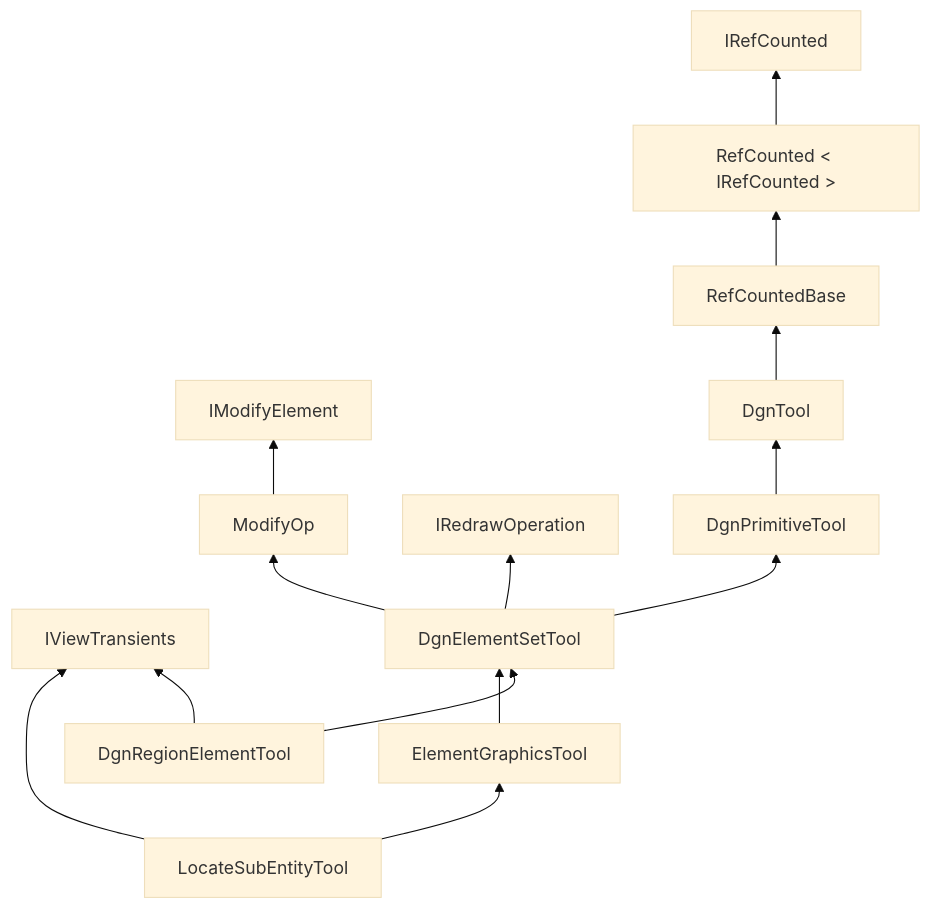
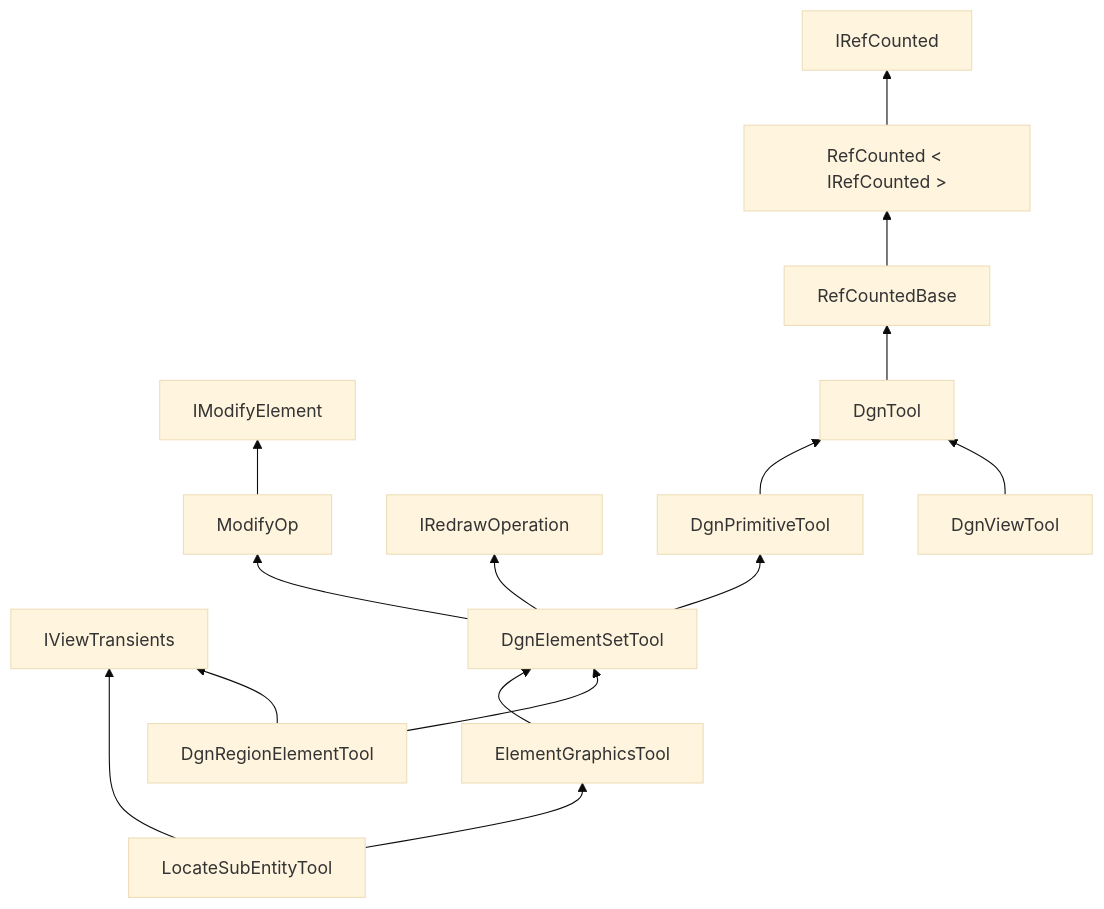
The diagram in _posts/MSDevelop/2019-12-03-MSToolStudy(1).md (uyoufu/uyoufu.github.io), drawn with Mermaid (base theme) before and after one commit. The commit also changed other lines of this file, not shown here.

````diff
--- a/_posts/MSDevelop/2019-12-03-MSToolStudy(1).md
+++ b/_posts/MSDevelop/2019-12-03-MSToolStudy(1).md
@@ -18,21 +19,23 @@
 ``` mermaid
 graph BT
 locate[LocateSubEntityTool]-->iview[IViewTransients]
 region[DgnRegionElementTool]-->iview
 
 locate-->graphic[ElementGraphicsTool]
 
 graphic-->eleset[DgnElementSetTool]
 eleset-->primitive[DgnPrimitiveTool]
+
 region-->eleset
 eleset-->redraw[IRedrawOperation]
 eleset-->modify[ModifyOp]
 modify-->imodify[IModifyElement]
 
 primitive-->tool[DgnTool]
 tool-->counted[RefCountedBase]
 counted-->countedlist[RefCounted < IRefCounted >]
 
 countedlist-->icount[IRefCounted]
 
+dgnview[DgnViewTool]-->tool
 ```
````
